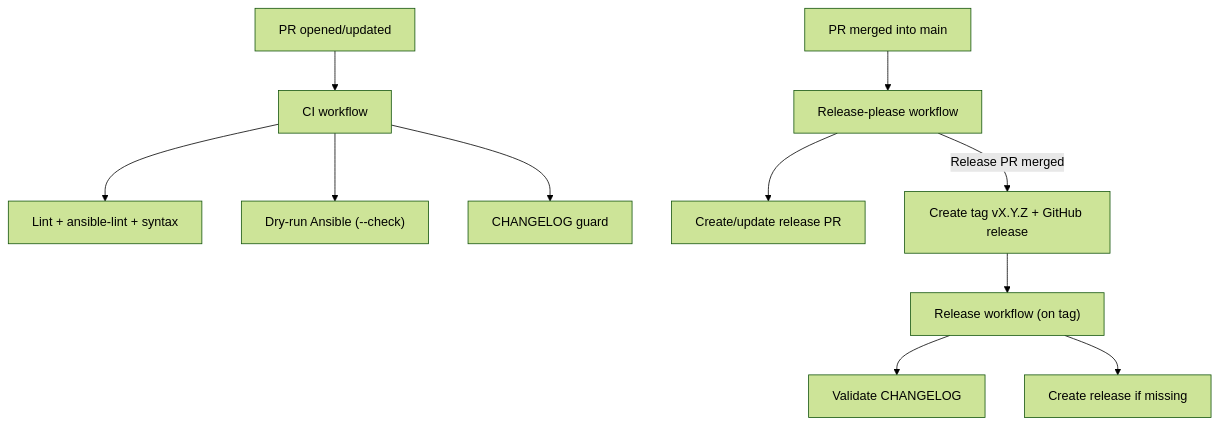
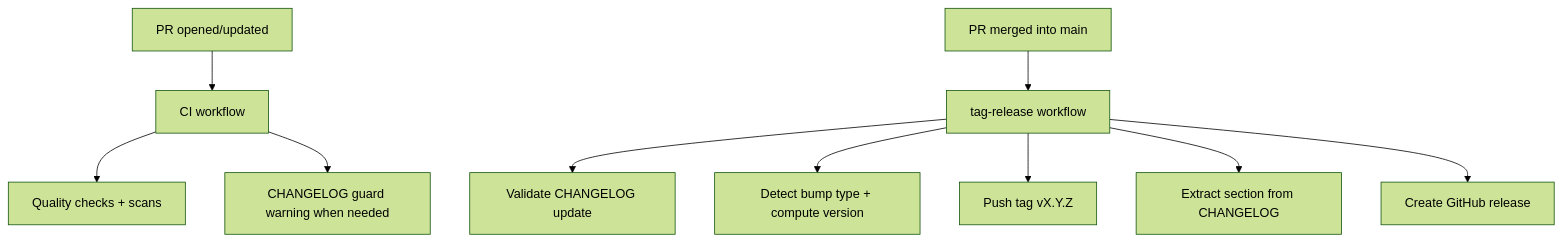
The diagram in docs/WORKFLOWS.md (jasonouellet/wsl-ubuntu-bootstrap), drawn with Mermaid (forest theme) before and after one commit. The commit also changed other lines of this file and 10 other files, not shown here.

First line of the commit message:
feat(release): move to tag-first release workflow (#16)

````diff
--- a/docs/WORKFLOWS.md
+++ b/docs/WORKFLOWS.md
@@ -251,15 +84,13 @@
 ```mermaid
 flowchart TD
-  A["PR opened/updated"] --> B["CI workflow"]
-  B --> B1["Lint + ansible-lint + syntax"]
-  B --> B2["Dry-run Ansible (--check)"]
-  B --> B3["CHANGELOG guard"]
+  A[PR opened/updated] --> B[CI workflow]
+  B --> B1[Quality checks + scans]
+  B --> B2[CHANGELOG guard warning when needed]
 
-  C["PR merged into main"] --> D["Release-please workflow"]
-  D --> D1["Create/update release PR"]
-  D -->|"Release PR merged"| D2["Create tag vX.Y.Z + GitHub release"]
-
-  D2 --> E["Release workflow (on tag)"]
-  E --> E1["Validate CHANGELOG"]
-  E --> E2["Create release if missing"]
+  C[PR merged into main] --> D[tag-release workflow]
+  D --> D1[Validate CHANGELOG update]
+  D --> D2[Detect bump type + compute version]
+  D --> D3[Push tag vX.Y.Z]
+  D --> D4[Extract section from CHANGELOG]
+  D --> D5[Create GitHub release]
 ```
````
